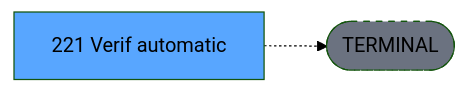
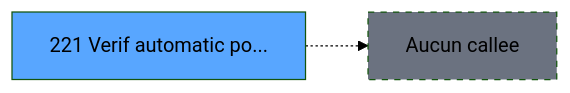
One commit to thonyAGP/magic-migration changed the third of 3 diagrams in .openspec/specs/ADH-IDE-221.md. Above: the diagram before and after it, drawn with Mermaid (forest theme). The commit also changed other lines of this file and 493 other files, not shown here.

````diff
--- a/.openspec/specs/ADH-IDE-221.md
+++ b/.openspec/specs/ADH-IDE-221.md
@@ -139,8 +201,8 @@
 ```mermaid
 graph LR
-    T[221 Verif automatic]
-    TERM([TERMINAL])
-    T -.-> TERM
-    style TERM fill:#6b7280,stroke-dasharray: 5 5
-    style T fill:#58a6ff,color:#000
+    T221[221 Verif automatic po...]
+    style T221 fill:#58a6ff
+    NONE[Aucun callee]
+    T221 -.-> NONE
+    style NONE fill:#6b7280,stroke-dasharray: 5 5
 ```
````
